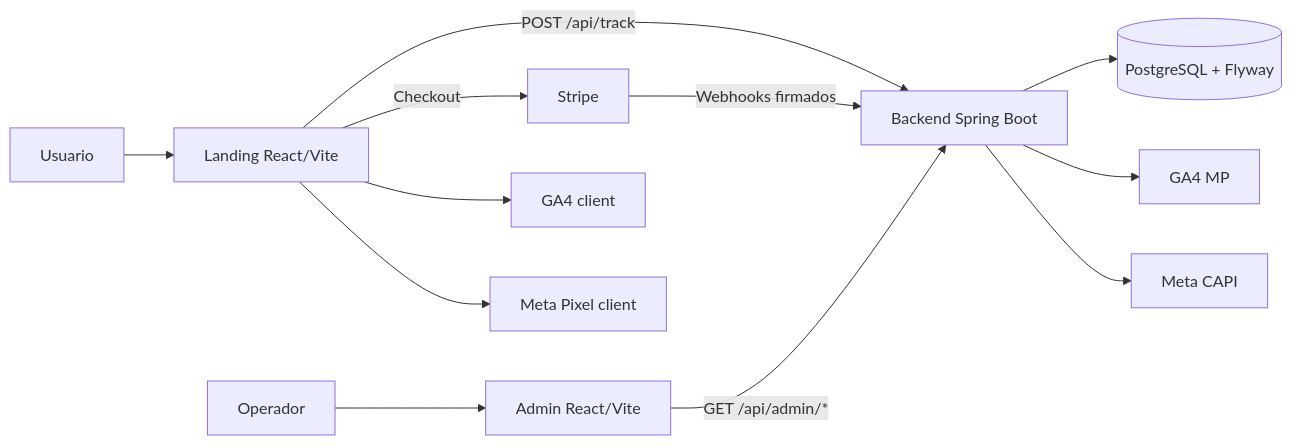
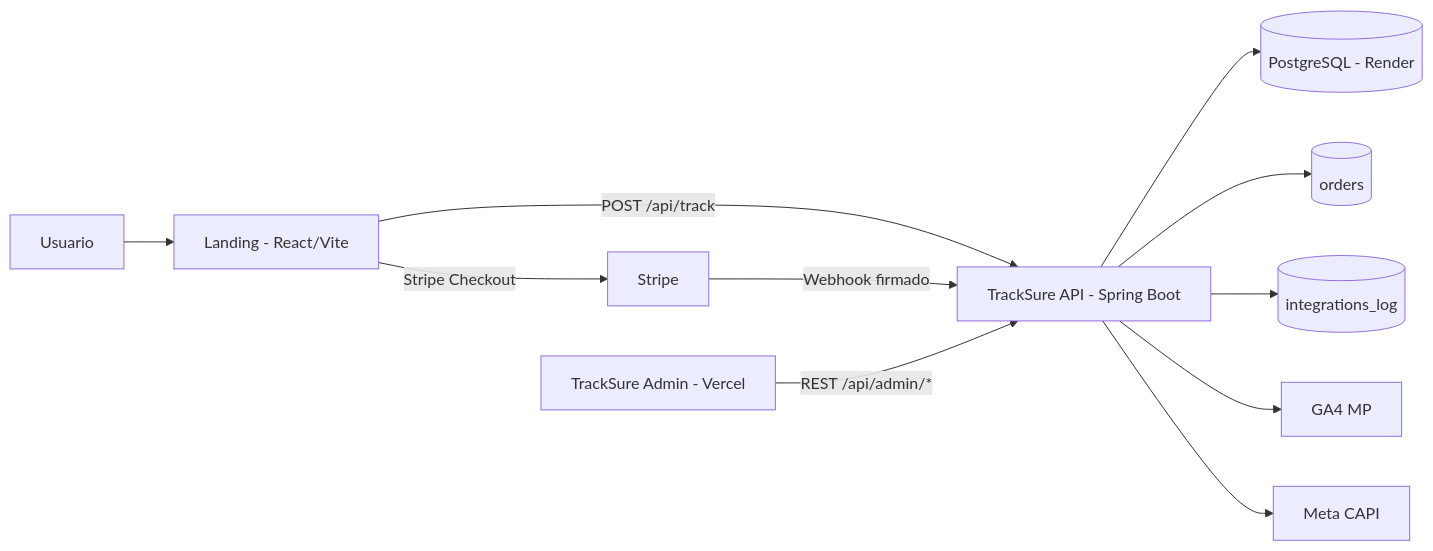
Before and after one commit to No-Country-simulation/S02-26-Equipo-15-Web-App-Development: the diagram in README.md, drawn with Mermaid. The commit also changed other lines of this file and 6 other files, not shown here.

Commit message:
docs: unify TrackSure docs and infra references

````diff
--- a/README.md
+++ b/README.md
@@ -41,18 +30,15 @@
 ```mermaid
 flowchart LR
-  U[Usuario] --> L[Landing React/Vite]
-  O[Operador] --> AD[Admin React/Vite]
+  U[Usuario] --> L[Landing - React/Vite]
+  L -->|POST /api/track| API[TrackSure API - Spring Boot]
+  L -->|Stripe Checkout| ST[Stripe]
+  ST -->|Webhook firmado| API
 
-  L -->|POST /api/track| API[Backend Spring Boot]
-  L -->|Checkout| ST[Stripe]
-  ST -->|Webhooks firmados| API
+  API --> DB[(PostgreSQL - Render)]
+  API --> O[(orders)]
+  API --> IL[(integrations_log)]
+  API --> G[GA4 MP]
+  API --> M[Meta CAPI]
 
-  L --> GAC[GA4 client]
-  L --> MPC[Meta Pixel client]
-
-  API --> DB[(PostgreSQL + Flyway)]
-  API --> GASS[GA4 MP]
-  API --> MCAPI[Meta CAPI]
-
-  AD -->|GET /api/admin/*| API
+  A[TrackSure Admin - Vercel] -->|REST /api/admin/*| API
 ```
````
